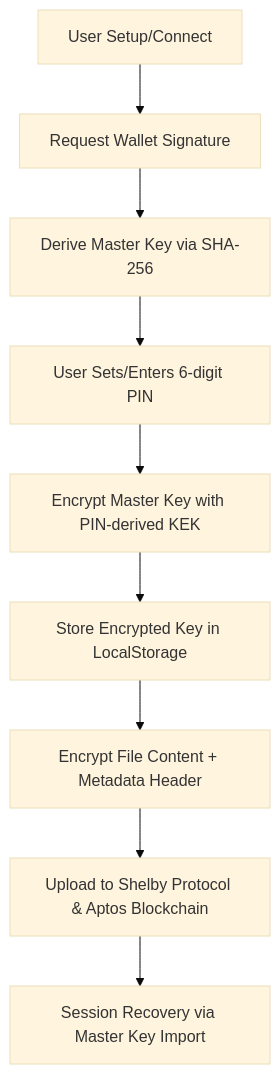
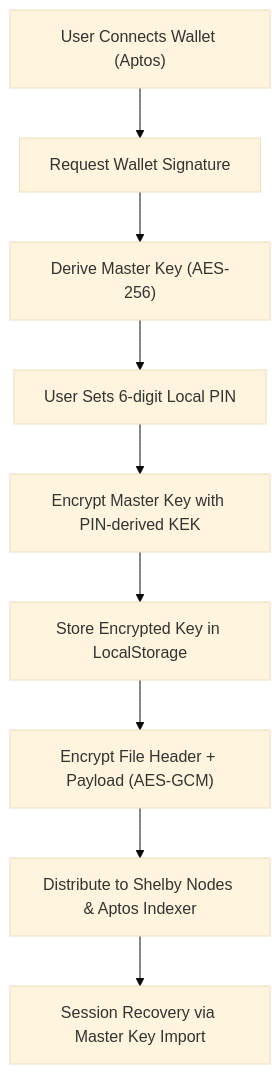
Before and after one commit to Zaynsky12/soobinvault: the diagram in README.md, drawn with Mermaid (base theme). The commit also changed other lines of this file, not shown here.

Commit message:
Documentation: Complete revamp of README with architecture, security, and developer guides

````diff
--- a/README.md
+++ b/README.md
@@ -25,11 +39,11 @@
 ```mermaid
 graph TD
-    A[User Setup/Connect] --> B[Request Wallet Signature]
-    B --> C[Derive Master Key via SHA-256]
-    C --> D[User Sets/Enters 6-digit PIN]
-    D --> E[Encrypt Master Key with PIN-derived KEK]
-    E --> F[Store Encrypted Key in LocalStorage]
-    F --> G[Encrypt File Content + Metadata Header]
-    G --> H[Upload to Shelby Protocol & Aptos Blockchain]
-    H --> I[Session Recovery via Master Key Import]
+    A["User Connects Wallet (Aptos)"] --> B["Request Wallet Signature"]
+    B --> C["Derive Master Key (AES-256)"]
+    C --> D["User Sets 6-digit Local PIN"]
+    D --> E["Encrypt Master Key with PIN-derived KEK"]
+    E --> F["Store Encrypted Key in LocalStorage"]
+    F --> G["Encrypt File Header + Payload (AES-GCM)"]
+    G --> H["Distribute to Shelby Nodes & Aptos Indexer"]
+    H --> I["Session Recovery via Master Key Import"]
 ```
````
